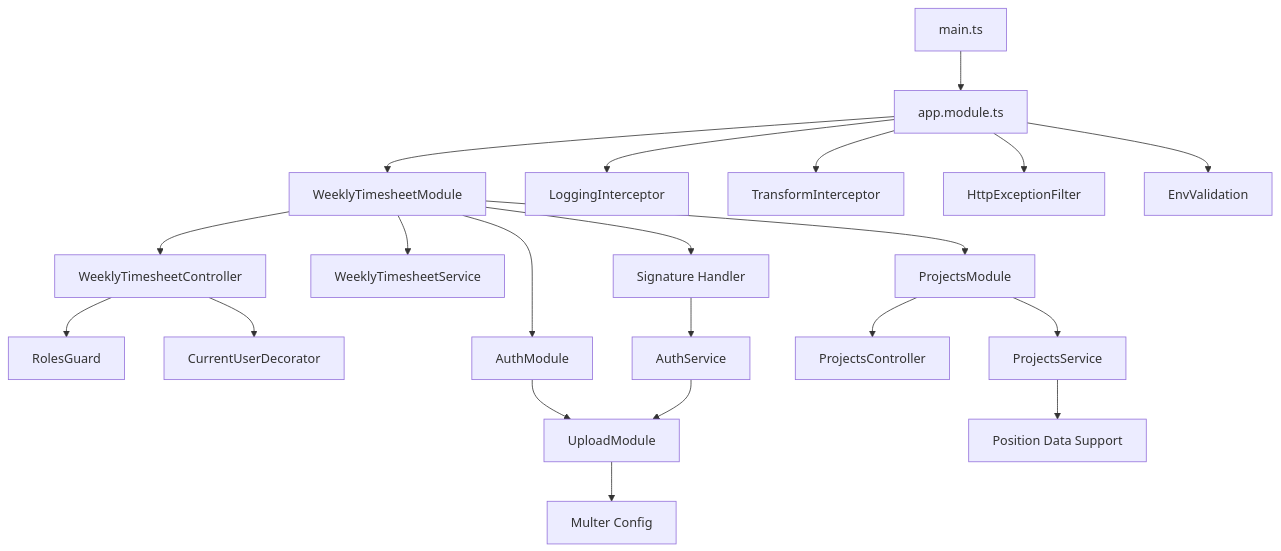
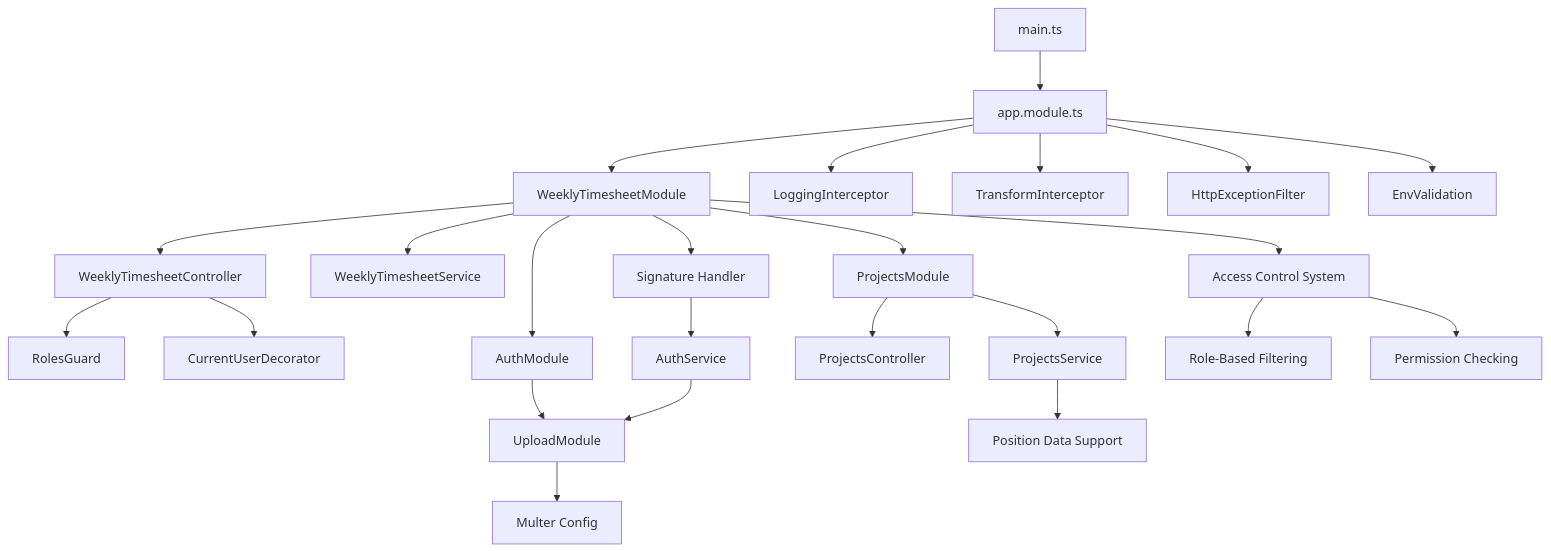
One commit to RobertRuas/windlog changed diagram 11 of 11 in .qoder/repowiki/en/content/Arquitetura Backend/Módulos do Sistema/Timesheet Semanal - Módulo Backend.md. Above: the diagram before and after it, drawn with Mermaid. The commit also changed other lines of this file and 18 other files, not shown here.

````diff
--- a/.qoder/repowiki/en/content/Arquitetura Backend/Módulos do Sistema/Timesheet Semanal - Módulo Backend.md
+++ b/.qoder/repowiki/en/content/Arquitetura Backend/Módulos do Sistema/Timesheet Semanal - Módulo Backend.md
@@ -582,23 +686,26 @@
 ```mermaid
 graph TB
 Main["main.ts"] --> AppModule["app.module.ts"]
 AppModule --> WeeklyModule["WeeklyTimesheetModule"]
 WeeklyModule --> Controller["WeeklyTimesheetController"]
 WeeklyModule --> Service["WeeklyTimesheetService"]
 Controller --> Guard["RolesGuard"]
 Controller --> Decorator["CurrentUserDecorator"]
 AppModule --> Logging["LoggingInterceptor"]
 AppModule --> Transform["TransformInterceptor"]
 AppModule --> Filter["HttpExceptionFilter"]
 AppModule --> Env["EnvValidation"]
 WeeklyModule --> AuthModule["AuthModule"]
 AuthModule --> UploadModule["UploadModule"]
 UploadModule --> Multer["Multer Config"]
 WeeklyModule --> SignatureModule["Signature Handler"]
 SignatureModule --> AuthService
 AuthService --> UploadModule
 WeeklyModule --> ProjectsModule["ProjectsModule"]
 ProjectsModule --> ProjectsController["ProjectsController"]
 ProjectsModule --> ProjectsService["ProjectsService"]
 ProjectsService --> PositionData["Position Data Support"]
+WeeklyModule --> AccessControl["Access Control System"]
+AccessControl --> RoleBasedFiltering["Role-Based Filtering"]
+AccessControl --> PermissionChecking["Permission Checking"]
 ```
````
